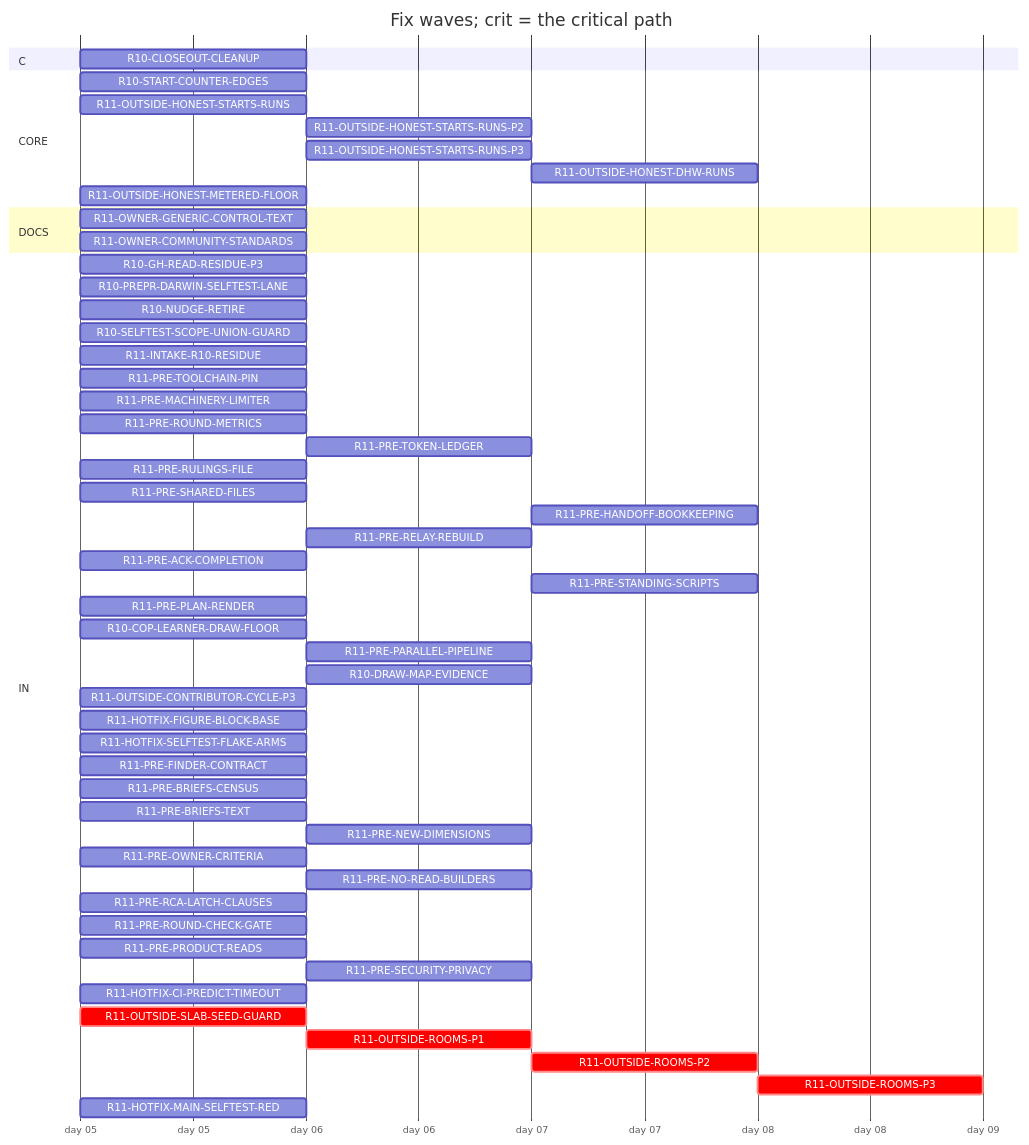
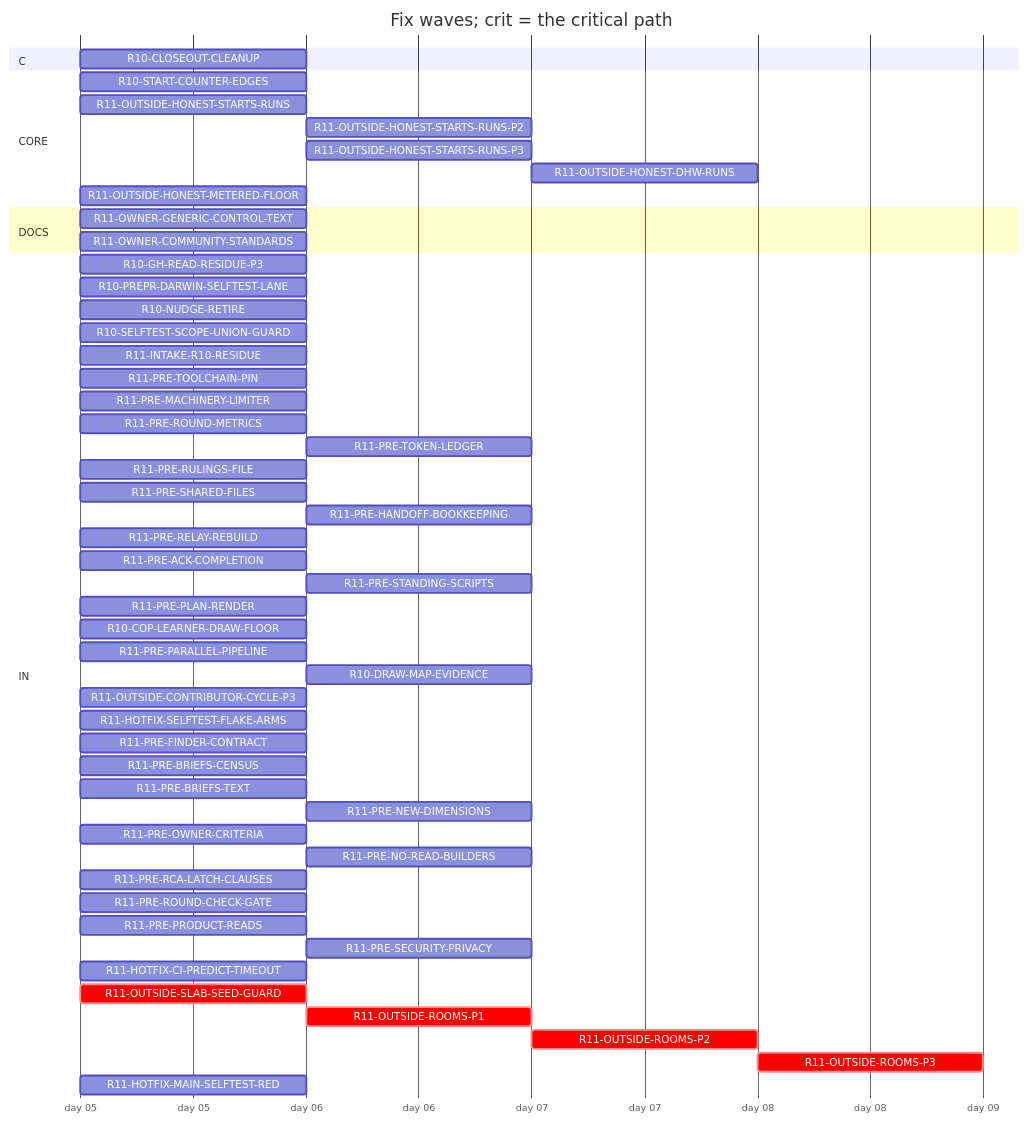
One commit to tvofi/heatpump_optimizer changed the diagram in handoff/round11/state/PLAN-TABLE.md. Above: the diagram before and after it, drawn with Mermaid. The commit also changed other lines of this file and 4 other files, not shown here.

Commit message:
state: FLOW-BOARD.md, NEXT-SESSION-PROMPT.md, PLAN-TABLE.md, PLAN.html, RESUME-CURRENT.md regenerated (state_docs.py)

````diff
--- a/handoff/round11/state/PLAN-TABLE.md
+++ b/handoff/round11/state/PLAN-TABLE.md
@@ -17,57 +17,56 @@
 ```mermaid
 gantt
   title Fix waves; crit = the critical path
   dateFormat YYYY-MM-DD
   axisFormat day %d
   section C
     R10-CLOSEOUT-CLEANUP :r10CLOSEOUTCLEANUP, 2026-01-05, 1d
   section CORE
     R10-START-COUNTER-EDGES :r10STARTCOUNTEREDGES, 2026-01-05, 1d
     R11-OUTSIDE-HONEST-STARTS-RUNS :r11OUTSIDEHONESTSTARTSRUNS, 2026-01-05, 1d
     R11-OUTSIDE-HONEST-STARTS-RUNS-P2 :r11OUTSIDEHONESTSTARTSRUNSP2, after r11OUTSIDEHONESTSTARTSRUNS, 1d
     R11-OUTSIDE-HONEST-STARTS-RUNS-P3 :r11OUTSIDEHONESTSTARTSRUNSP3, after r11OUTSIDEHONESTSTARTSRUNS, 1d
     R11-OUTSIDE-HONEST-DHW-RUNS :r11OUTSIDEHONESTDHWRUNS, after r11OUTSIDEHONESTSTARTSRUNS r11OUTSIDEHONESTSTARTSRUNSP2, 1d
     R11-OUTSIDE-HONEST-METERED-FLOOR :r11OUTSIDEHONESTMETEREDFLOOR, 2026-01-05, 1d
   section DOCS
     R11-OWNER-GENERIC-CONTROL-TEXT :r11OWNERGENERICCONTROLTEXT, 2026-01-05, 1d
     R11-OWNER-COMMUNITY-STANDARDS :r11OWNERCOMMUNITYSTANDARDS, 2026-01-05, 1d
   section IN
     R10-GH-READ-RESIDUE-P3 :r10GHREADRESIDUEP3, 2026-01-05, 1d
     R10-PREPR-DARWIN-SELFTEST-LANE :r10PREPRDARWINSELFTESTLANE, 2026-01-05, 1d
     R10-NUDGE-RETIRE :r10NUDGERETIRE, 2026-01-05, 1d
     R10-SELFTEST-SCOPE-UNION-GUARD :r10SELFTESTSCOPEUNIONGUARD, 2026-01-05, 1d
     R11-INTAKE-R10-RESIDUE :r11INTAKER10RESIDUE, 2026-01-05, 1d
     R11-PRE-TOOLCHAIN-PIN :r11PRETOOLCHAINPIN, 2026-01-05, 1d
     R11-PRE-MACHINERY-LIMITER :r11PREMACHINERYLIMITER, 2026-01-05, 1d
     R11-PRE-ROUND-METRICS :r11PREROUNDMETRICS, 2026-01-05, 1d
     R11-PRE-TOKEN-LEDGER :r11PRETOKENLEDGER, after r10GHREADRESIDUEP3, 1d
     R11-PRE-RULINGS-FILE :r11PRERULINGSFILE, 2026-01-05, 1d
     R11-PRE-SHARED-FILES :r11PRESHAREDFILES, 2026-01-05, 1d
     R11-PRE-HANDOFF-BOOKKEEPING :r11PREHANDOFFBOOKKEEPING, after r11PRERELAYREBUILD, 1d
-    R11-PRE-RELAY-REBUILD :r11PRERELAYREBUILD, after r11HOTFIXFIGUREBLOCKBASE, 1d
+    R11-PRE-RELAY-REBUILD :r11PRERELAYREBUILD, 2026-01-05, 1d
     R11-PRE-ACK-COMPLETION :r11PREACKCOMPLETION, 2026-01-05, 1d
     R11-PRE-STANDING-SCRIPTS :r11PRESTANDINGSCRIPTS, after r11PREPARALLELPIPELINE, 1d
     R11-PRE-PLAN-RENDER :r11PREPLANRENDER, 2026-01-05, 1d
     R10-COP-LEARNER-DRAW-FLOOR :r10COPLEARNERDRAWFLOOR, 2026-01-05, 1d
-    R11-PRE-PARALLEL-PIPELINE :r11PREPARALLELPIPELINE, after r11HOTFIXFIGUREBLOCKBASE, 1d
+    R11-PRE-PARALLEL-PIPELINE :r11PREPARALLELPIPELINE, 2026-01-05, 1d
     R10-DRAW-MAP-EVIDENCE :r10DRAWMAPEVIDENCE, after r10COPLEARNERDRAWFLOOR, 1d
     R11-OUTSIDE-CONTRIBUTOR-CYCLE-P3 :r11OUTSIDECONTRIBUTORCYCLEP3, 2026-01-05, 1d
-    R11-HOTFIX-FIGURE-BLOCK-BASE :r11HOTFIXFIGUREBLOCKBASE, 2026-01-05, 1d
     R11-HOTFIX-SELFTEST-FLAKE-ARMS :r11HOTFIXSELFTESTFLAKEARMS, 2026-01-05, 1d
     R11-PRE-FINDER-CONTRACT :r11PREFINDERCONTRACT, 2026-01-05, 1d
     R11-PRE-BRIEFS-CENSUS :r11PREBRIEFSCENSUS, 2026-01-05, 1d
     R11-PRE-BRIEFS-TEXT :r11PREBRIEFSTEXT, 2026-01-05, 1d
     R11-PRE-NEW-DIMENSIONS :r11PRENEWDIMENSIONS, after r11PREFINDERCONTRACT r11PREBRIEFSCENSUS, 1d
     R11-PRE-OWNER-CRITERIA :r11PREOWNERCRITERIA, 2026-01-05, 1d
     R11-PRE-NO-READ-BUILDERS :r11PRENOREADBUILDERS, after r11PREMACHINERYLIMITER, 1d
     R11-PRE-RCA-LATCH-CLAUSES :r11PRERCALATCHCLAUSES, 2026-01-05, 1d
     R11-PRE-ROUND-CHECK-GATE :r11PREROUNDCHECKGATE, 2026-01-05, 1d
     R11-PRE-PRODUCT-READS :r11PREPRODUCTREADS, 2026-01-05, 1d
     R11-PRE-SECURITY-PRIVACY :r11PRESECURITYPRIVACY, after r11PREFINDERCONTRACT r11PREBRIEFSCENSUS, 1d
     R11-HOTFIX-CI-PREDICT-TIMEOUT :r11HOTFIXCIPREDICTTIMEOUT, 2026-01-05, 1d
     R11-OUTSIDE-SLAB-SEED-GUARD :crit, r11OUTSIDESLABSEEDGUARD, 2026-01-05, 1d
     R11-OUTSIDE-ROOMS-P1 :crit, r11OUTSIDEROOMSP1, after r11OUTSIDESLABSEEDGUARD, 1d
     R11-OUTSIDE-ROOMS-P2 :crit, r11OUTSIDEROOMSP2, after r11OUTSIDEROOMSP1, 1d
     R11-OUTSIDE-ROOMS-P3 :crit, r11OUTSIDEROOMSP3, after r11OUTSIDEROOMSP2, 1d
     R11-HOTFIX-MAIN-SELFTEST-RED :r11HOTFIXMAINSELFTESTRED, 2026-01-05, 1d
 ```
````
